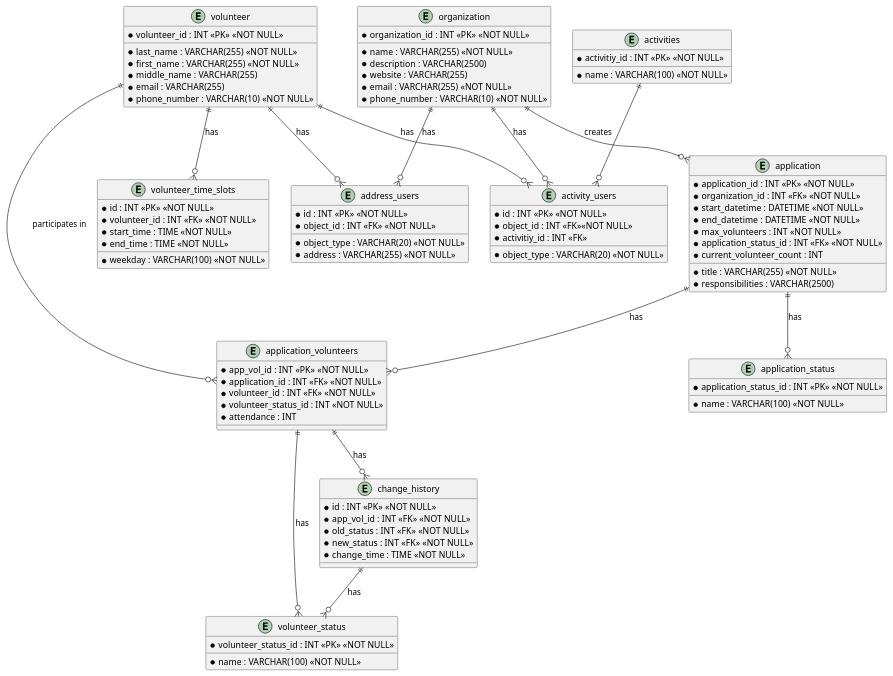
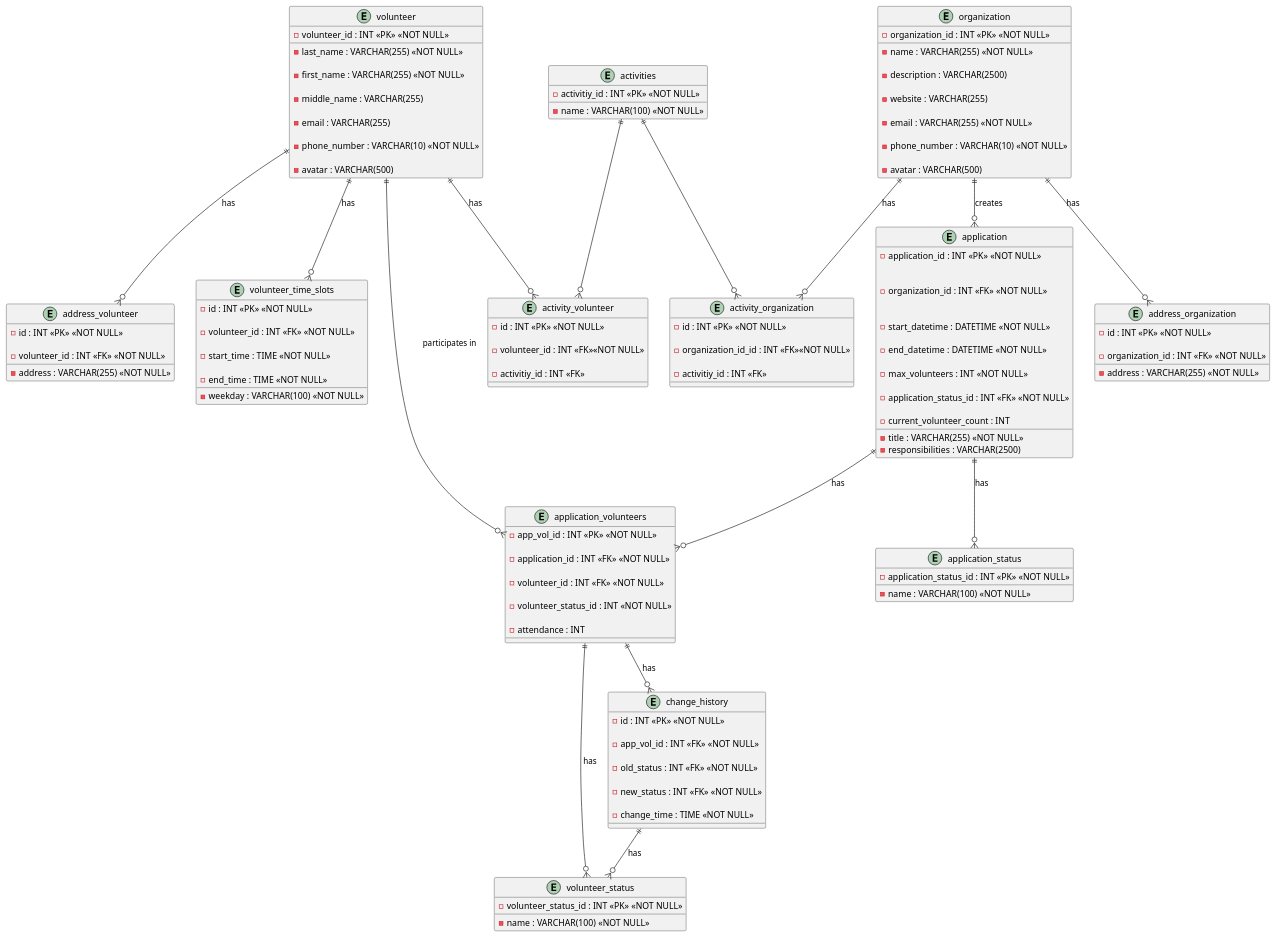
One commit to irinaevstratova/Dobrbobr changed the diagram in my-website/docs/DB/Physic_model.md. Above: the diagram before and after it, drawn with PlantUML. The commit also changed 20 other files, not shown here.

````diff
--- a/my-website/docs/DB/Physic_model.md
+++ b/my-website/docs/DB/Physic_model.md
@@ -11,86 +11,156 @@
 @startuml
 
 entity "organization" {
-* organization_id : INT <<PK>> <<NOT NULL>>
-* name : VARCHAR(255) <<NOT NULL>>
-* description : VARCHAR(2500)
-* website : VARCHAR(255)
-* email : VARCHAR(255) <<NOT NULL>>
-* phone_number : VARCHAR(10) <<NOT NULL>>
-}
+
+- organization_id : INT <<PK>> <<NOT NULL>>
+
+- name : VARCHAR(255) <<NOT NULL>>
+
+- description : VARCHAR(2500)
+
+- website : VARCHAR(255)
+
+- email : VARCHAR(255) <<NOT NULL>>
+
+- phone_number : VARCHAR(10) <<NOT NULL>>
+
+- avatar : VARCHAR(500)
+
+  }
 
 entity "volunteer" {
-* volunteer_id : INT <<PK>> <<NOT NULL>>
-* last_name : VARCHAR(255) <<NOT NULL>>
-* first_name : VARCHAR(255) <<NOT NULL>>
-* middle_name : VARCHAR(255)
-* email : VARCHAR(255)
-* phone_number : VARCHAR(10) <<NOT NULL>>
-}
+
+- volunteer_id : INT <<PK>> <<NOT NULL>>
+
+- last_name : VARCHAR(255) <<NOT NULL>>
+
+- first_name : VARCHAR(255) <<NOT NULL>>
+
+- middle_name : VARCHAR(255)
+
+- email : VARCHAR(255)
+
+- phone_number : VARCHAR(10) <<NOT NULL>>
+
+- avatar : VARCHAR(500)
+
+  }
 
 entity "application" {
-* application_id : INT <<PK>> <<NOT NULL>>
-* title : VARCHAR(255) <<NOT NULL>>
-* organization_id : INT <<FK>> <<NOT NULL>>
-* responsibilities : VARCHAR(2500)
-* start_datetime : DATETIME <<NOT NULL>>
-* end_datetime : DATETIME <<NOT NULL>>
-* max_volunteers : INT <<NOT NULL>>
-* application_status_id : INT <<FK>> <<NOT NULL>>
-* current_volunteer_count : INT
-}
+
+- application_id : INT <<PK>> <<NOT NULL>>
+
+- title : VARCHAR(255) <<NOT NULL>>
+
+- organization_id : INT <<FK>> <<NOT NULL>>
+
+- responsibilities : VARCHAR(2500)
+
+- start_datetime : DATETIME <<NOT NULL>>
+
+- end_datetime : DATETIME <<NOT NULL>>
+
+- max_volunteers : INT <<NOT NULL>>
+
+- application_status_id : INT <<FK>> <<NOT NULL>>
+
+- current_volunteer_count : INT
+
+  }
 
 entity "application_status" {
-* application_status_id : INT <<PK>> <<NOT NULL>>
-* name : VARCHAR(100) <<NOT NULL>>
+
+- application_status_id : INT <<PK>> <<NOT NULL>>
+
+- name : VARCHAR(100) <<NOT NULL>>
 }
 
 entity "activities" {
-* activitiy_id : INT <<PK>> <<NOT NULL>>
-* name : VARCHAR(100) <<NOT NULL>>
+
+- activitiy_id : INT <<PK>> <<NOT NULL>>
+
+- name : VARCHAR(100) <<NOT NULL>>
 }
 
-entity "activity_users" {
-* id : INT <<PK>> <<NOT NULL>>
-* object_type : VARCHAR(20) <<NOT NULL>>
-* object_id : INT <<FK>><<NOT NULL>>
-* activitiy_id : INT <<FK>>
+entity "activity_volunteer" {
+
+- id : INT <<PK>> <<NOT NULL>>
+
+- volunteer_id : INT <<FK>><<NOT NULL>>
+
+- activitiy_id : INT <<FK>>
+}
+entity "activity_organization" {
+
+- id : INT <<PK>> <<NOT NULL>>
+
+- organization_id_id : INT <<FK>><<NOT NULL>>
+
+- activitiy_id : INT <<FK>>
 }
 
-entity "address_users" {
-* id : INT <<PK>> <<NOT NULL>>
-* object_type : VARCHAR(20) <<NOT NULL>>
-* object_id : INT <<FK>> <<NOT NULL>>
-* address : VARCHAR(255) <<NOT NULL>>
+entity "address_volunteer" {
+
+- id : INT <<PK>> <<NOT NULL>>
+
+- volunteer_id : INT <<FK>> <<NOT NULL>>
+
+- address : VARCHAR(255) <<NOT NULL>>
+}
+entity "address_organization" {
+
+- id : INT <<PK>> <<NOT NULL>>
+
+- organization_id : INT <<FK>> <<NOT NULL>>
+
+- address : VARCHAR(255) <<NOT NULL>>
 }
 
 entity "volunteer_time_slots" {
-* id : INT <<PK>> <<NOT NULL>>
-* volunteer_id : INT <<FK>> <<NOT NULL>>
-* start_time : TIME <<NOT NULL>>
-* end_time : TIME <<NOT NULL>>
-* weekday : VARCHAR(100) <<NOT NULL>>
+
+- id : INT <<PK>> <<NOT NULL>>
+
+- volunteer_id : INT <<FK>> <<NOT NULL>>
+
+- start_time : TIME <<NOT NULL>>
+
+- end_time : TIME <<NOT NULL>>
+
+- weekday : VARCHAR(100) <<NOT NULL>>
 }
 
 entity "application_volunteers" {
-* app_vol_id : INT <<PK>> <<NOT NULL>>
-* application_id : INT <<FK>> <<NOT NULL>>
-* volunteer_id : INT <<FK>> <<NOT NULL>>
-* volunteer_status_id : INT <<NOT NULL>>
-* attendance : INT
-}
+
+- app_vol_id : INT <<PK>> <<NOT NULL>>
+
+- application_id : INT <<FK>> <<NOT NULL>>
+
+- volunteer_id : INT <<FK>> <<NOT NULL>>
+
+- volunteer_status_id : INT <<NOT NULL>>
+
+- attendance : INT
+
+  }
 
 entity "volunteer_status" {
-* volunteer_status_id : INT <<PK>> <<NOT NULL>>
-* name : VARCHAR(100) <<NOT NULL>>
+
+- volunteer_status_id : INT <<PK>> <<NOT NULL>>
+
+- name : VARCHAR(100) <<NOT NULL>>
 }
 
 entity "change_history" {
-* id : INT <<PK>> <<NOT NULL>>
-* app_vol_id : INT <<FK>> <<NOT NULL>>
-* old_status : INT <<FK>> <<NOT NULL>>
-* new_status : INT <<FK>> <<NOT NULL>>
-* change_time : TIME <<NOT NULL>>
+
+- id : INT <<PK>> <<NOT NULL>>
+
+- app_vol_id : INT <<FK>> <<NOT NULL>>
+
+- old_status : INT <<FK>> <<NOT NULL>>
+
+- new_status : INT <<FK>> <<NOT NULL>>
+
+- change_time : TIME <<NOT NULL>>
 }
 
 ' Define relationships between entities
@@ -103,15 +173,17 @@
 
 "volunteer" ||--o{ "volunteer_time_slots" : "has"
 
-"volunteer" ||--o{ "activity_users" : " has"
+"volunteer" ||--o{ "activity_volunteer" : " has"
 
-"organization" ||--o{ "activity_users" : "has"
+"organization" ||--o{ "activity_organization" : "has"
 
-"activities" ||--o{ "activity_users" : ""
+"activities" ||--o{ "activity_organization" : ""
 
-"volunteer" ||--o{ "address_users" : "has"
+"activities" ||--o{ "activity_volunteer" : ""
 
-"organization" ||--o{ "address_users" : "has"
+"volunteer" ||--o{ "address_volunteer" : "has"
+
+"organization" ||--o{ "address_organization" : "has"
 
 "application" ||--o{ "application_status" : "has"
 
@@ -123,4 +195,6 @@
 
 @enduml
 
+
+
 ```
````
